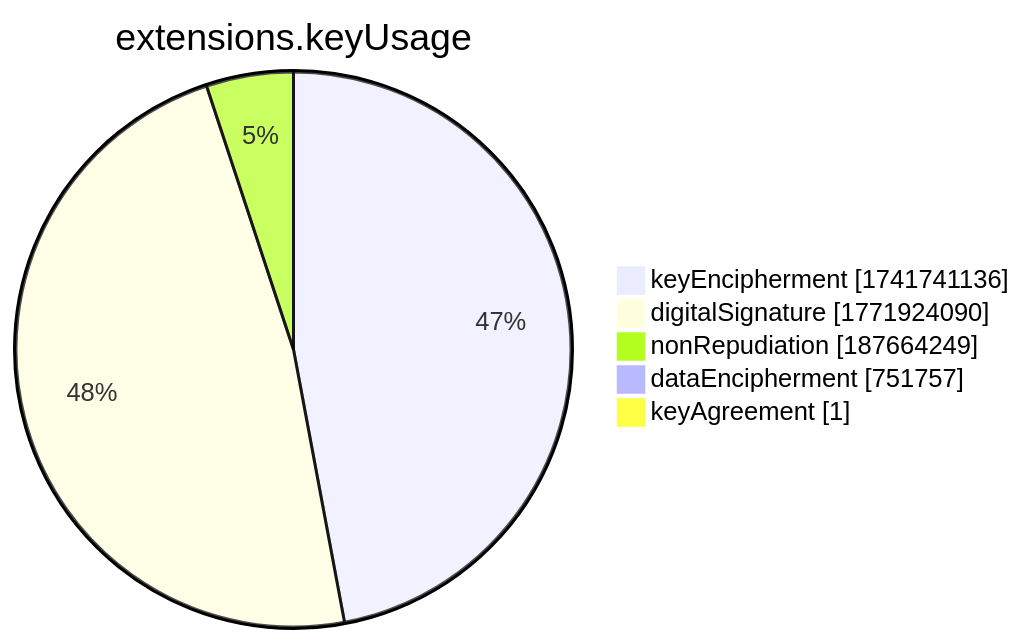
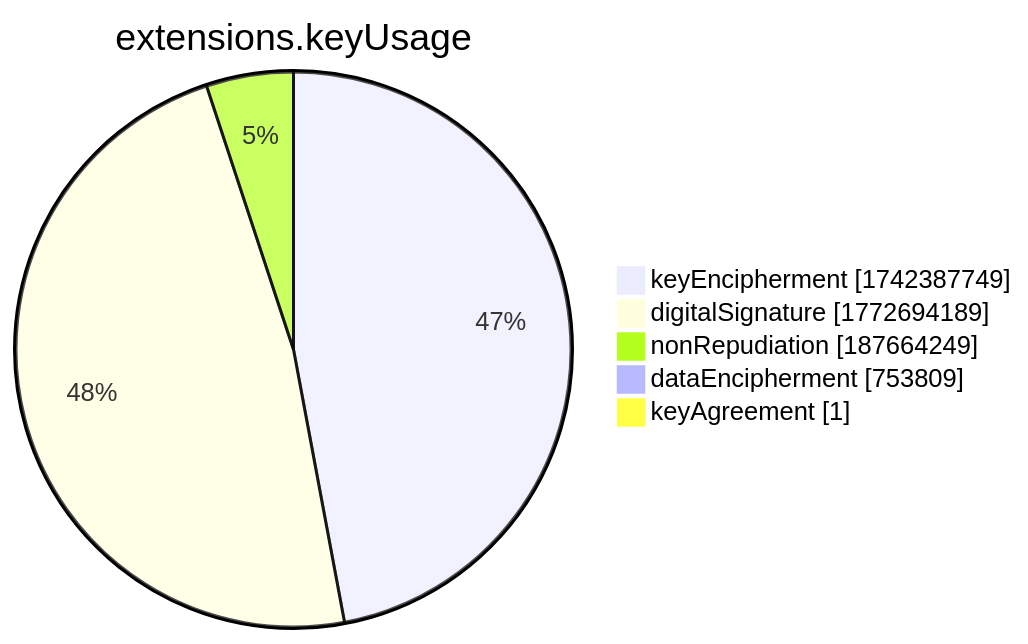
One commit to christiankrug/ctmonitor_visualization changed the seventh of 15 diagrams in xenon2022/README.md. Above: the diagram before and after it, drawn with Mermaid. The commit also changed other lines of this file, not shown here.

````diff
--- a/xenon2022/README.md
+++ b/xenon2022/README.md
@@ -2859,9 +2859,9 @@
 ```mermaid
 pie showData
 title extensions.keyUsage
-"keyEncipherment" :1741741136
-"digitalSignature" :1771924090
+"keyEncipherment" :1742387749
+"digitalSignature" :1772694189
 "nonRepudiation" :187664249
-"dataEncipherment" :751757
+"dataEncipherment" :753809
 "keyAgreement" :1
 ```
````
